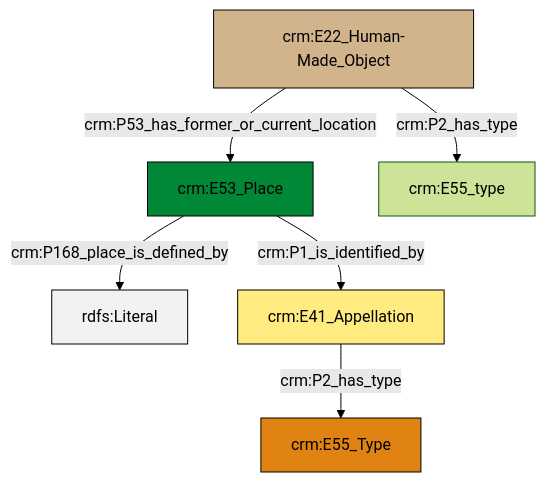
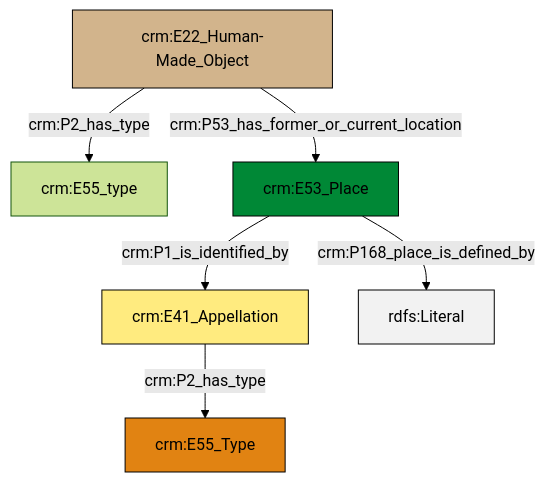
One commit to swiss-art-research-net/reference-data-models changed the diagram in et/builtWorkCSV/ttl/mmd/Built_Work_location.ttl.mmd. Above: the diagram before and after it, drawn with Mermaid (forest theme). The commit also changed 121 other files, not shown here.

```diff
--- a/et/builtWorkCSV/ttl/mmd/Built_Work_location.ttl.mmd
+++ b/et/builtWorkCSV/ttl/mmd/Built_Work_location.ttl.mmd
@@ -1,20 +1,20 @@
 graph TD
 classDef Literal fill:#f2f2f2,stroke:#000000;
 classDef CRM_Entity fill:#FFFFFF,stroke:#000000;
 classDef Temporal_Entity fill:#00C9E6, stroke:#000000;
 classDef Type fill:#E18312, stroke:#000000;
 classDef Time-Span fill:#2C9C91, stroke:#000000;
 classDef Appellation fill:#FFEB7F, stroke:#000000;
 classDef Place fill:#008836, stroke:#000000;
 classDef Persistent_Item fill:#B266B2, stroke:#000000;
 classDef Conceptual_Object fill:#FFD700, stroke:#000000;
 classDef Physical_Thing fill:#D2B48C, stroke:#000000;
 classDef Actor fill:#f58aad, stroke:#000000;
 classDef PC_Classes fill:#4ce600, stroke:#000000;
 classDef Multi fill:#cccccc,stroke:#000000;
 
-0["crm:E53_Place"]:::Place -->|crm:P168_place_is_defined_by| 1[rdfs:Literal]:::Literal
-2["crm:E22_Human-Made_Object"]:::Physical_Thing -->|crm:P53_has_former_or_current_location| 0["crm:E53_Place"]:::Place
-0["crm:E53_Place"]:::Place -->|crm:P1_is_identified_by| 8["crm:E41_Appellation"]:::Appellation
-2["crm:E22_Human-Made_Object"]:::Physical_Thing -->|crm:P2_has_type| 4["crm:E55_type"]:::Default
-8["crm:E41_Appellation"]:::Appellation -->|crm:P2_has_type| 6["crm:E55_Type"]:::Type
+2["crm:E22_Human-Made_Object"]:::Physical_Thing -->|crm:P2_has_type| 3["crm:E55_type"]:::Default
+4["crm:E53_Place"]:::Place -->|crm:P168_place_is_defined_by| 6[rdfs:Literal]:::Literal
+4["crm:E53_Place"]:::Place -->|crm:P1_is_identified_by| 0["crm:E41_Appellation"]:::Appellation
+0["crm:E41_Appellation"]:::Appellation -->|crm:P2_has_type| 7["crm:E55_Type"]:::Type
+2["crm:E22_Human-Made_Object"]:::Physical_Thing -->|crm:P53_has_former_or_current_location| 4["crm:E53_Place"]:::Place
```
